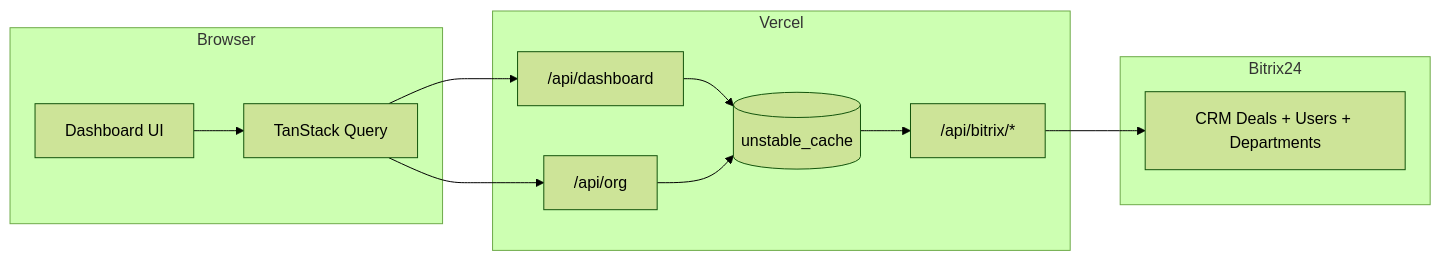
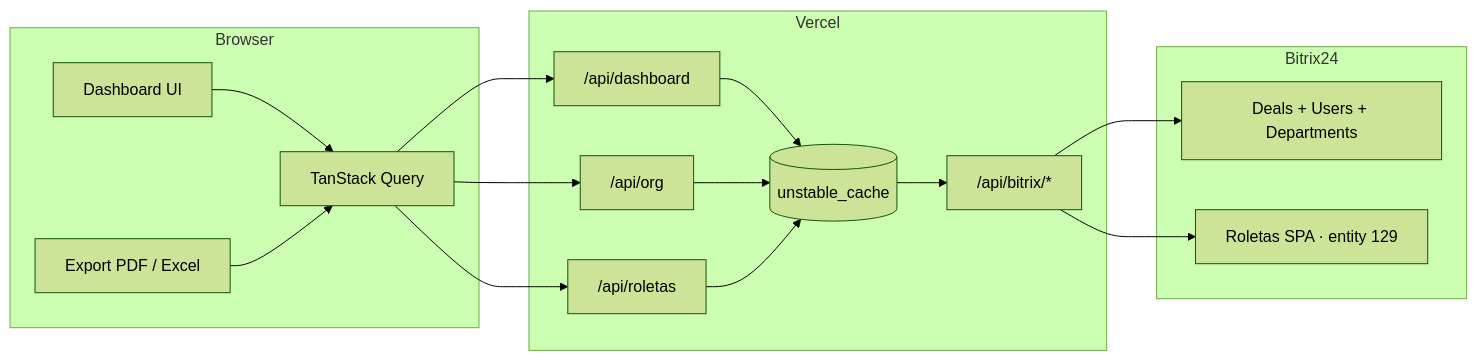
The diagram in README.md (RafaelADSdev/Dashboard-St-pp), drawn with Mermaid (forest theme) before and after one commit. The commit also changed other lines of this file, not shown here.

Commit message:
Atualiza README com roletas, exportações, origem dos leads e arquitetura atual.

````diff
--- a/README.md
+++ b/README.md
@@ -69,26 +111,33 @@
 ```mermaid
 flowchart LR
     subgraph Browser
         UI[Dashboard UI]
         RQ[TanStack Query]
+        EXP[Export PDF / Excel]
     end
 
     subgraph Vercel
         API_DASH["/api/dashboard"]
         API_ORG["/api/org"]
+        API_ROL["/api/roletas"]
         CACHE[(unstable_cache)]
         PROXY["/api/bitrix/*"]
     end
 
     subgraph Bitrix24
-        CRM[CRM Deals + Users + Departments]
+        CRM[Deals + Users + Departments]
+        SPA[Roletas SPA · entity 129]
     end
 
     UI --> RQ
+    EXP --> RQ
     RQ --> API_DASH
     RQ --> API_ORG
+    RQ --> API_ROL
     API_DASH --> CACHE
     API_ORG --> CACHE
+    API_ROL --> CACHE
     CACHE --> PROXY
     PROXY --> CRM
+    PROXY --> SPA
 ```
````
